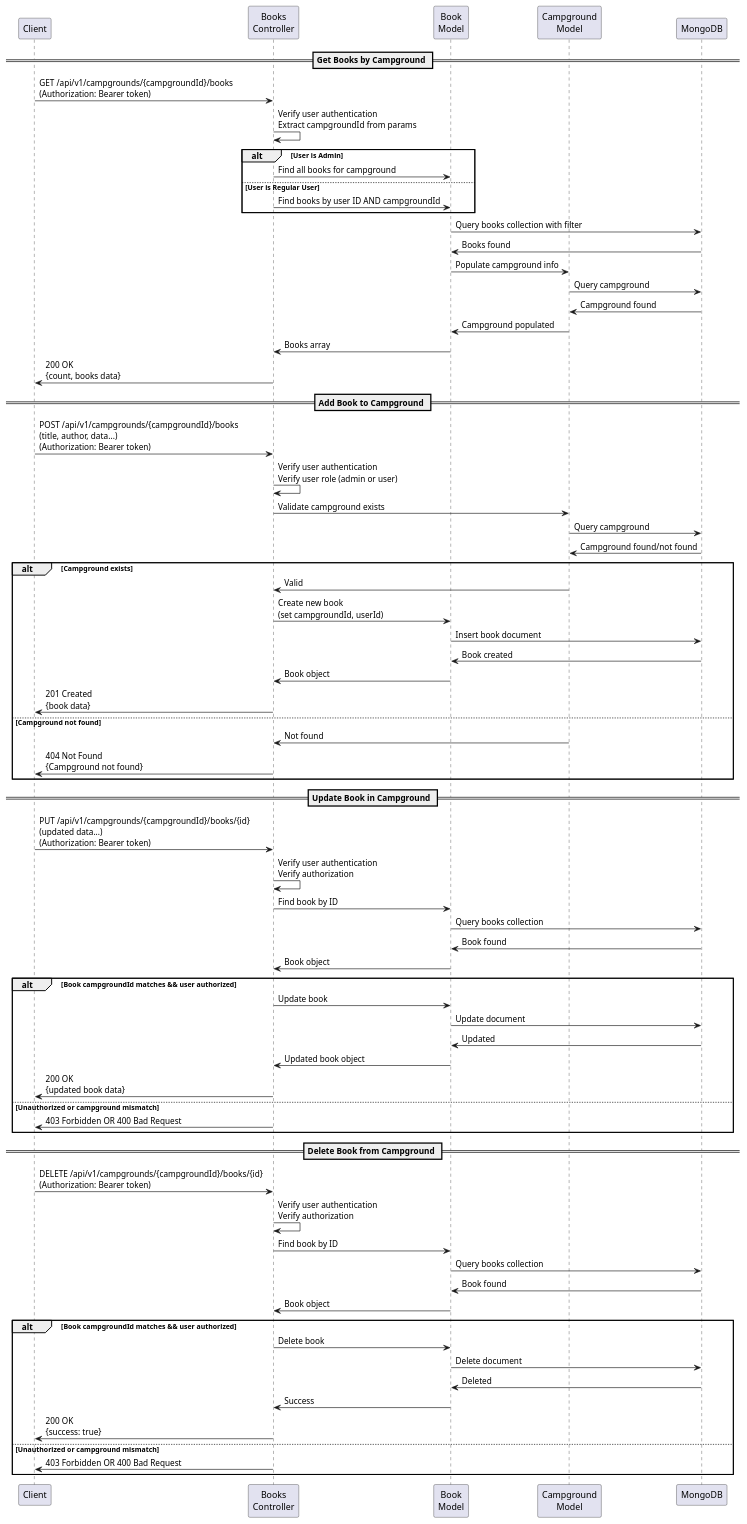
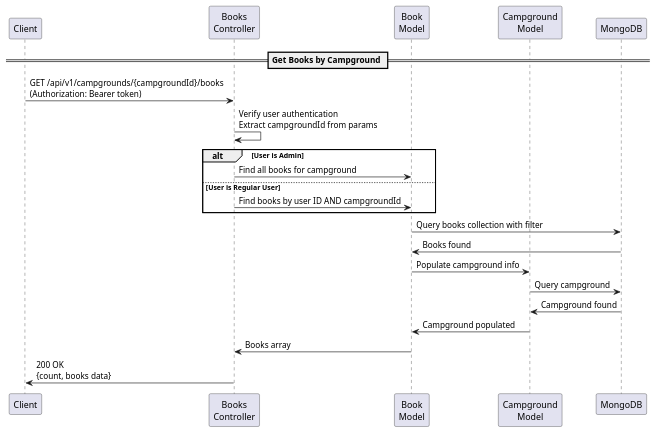
Before and after one commit to 2110503-CEDT68/be-project-68-groupname: the diagram in SequenceDiagram_NestedBooks.puml, drawn with PlantUML. The commit also changed 1 other file, not shown here.

```diff
--- a/SequenceDiagram_NestedBooks.puml
+++ b/SequenceDiagram_NestedBooks.puml
@@ -1,78 +1,26 @@
 @startuml SequenceDiagram_NestedBooks
 
 participant Client
 participant BooksController as "Books\nController"
 participant BookModel as "Book\nModel"
 participant CampgroundModel as "Campground\nModel"
 participant Database as "MongoDB"
 
 == Get Books by Campground ==
 Client -> BooksController: GET /api/v1/campgrounds/{campgroundId}/books\n(Authorization: Bearer token)
 BooksController -> BooksController: Verify user authentication\nExtract campgroundId from params
 alt User is Admin
     BooksController -> BookModel: Find all books for campground
 else User is Regular User
     BooksController -> BookModel: Find books by user ID AND campgroundId
 end
 BookModel -> Database: Query books collection with filter
 Database -> BookModel: Books found
 BookModel -> CampgroundModel: Populate campground info
 CampgroundModel -> Database: Query campground
 Database -> CampgroundModel: Campground found
 CampgroundModel -> BookModel: Campground populated
 BookModel -> BooksController: Books array
 BooksController -> Client: 200 OK\n{count, books data}
 
-== Add Book to Campground ==
-Client -> BooksController: POST /api/v1/campgrounds/{campgroundId}/books\n(title, author, data...)\n(Authorization: Bearer token)
-BooksController -> BooksController: Verify user authentication\nVerify user role (admin or user)
-BooksController -> CampgroundModel: Validate campground exists
-CampgroundModel -> Database: Query campground
-Database -> CampgroundModel: Campground found/not found
-alt Campground exists
-    CampgroundModel -> BooksController: Valid
-    BooksController -> BookModel: Create new book\n(set campgroundId, userId)
-    BookModel -> Database: Insert book document
-    Database -> BookModel: Book created
-    BookModel -> BooksController: Book object
-    BooksController -> Client: 201 Created\n{book data}
-else Campground not found
-    CampgroundModel -> BooksController: Not found
-    BooksController -> Client: 404 Not Found\n{Campground not found}
-end
-
-== Update Book in Campground ==
-Client -> BooksController: PUT /api/v1/campgrounds/{campgroundId}/books/{id}\n(updated data...)\n(Authorization: Bearer token)
-BooksController -> BooksController: Verify user authentication\nVerify authorization
-BooksController -> BookModel: Find book by ID
-BookModel -> Database: Query books collection
-Database -> BookModel: Book found
-BookModel -> BooksController: Book object
-alt Book campgroundId matches && user authorized
-    BooksController -> BookModel: Update book
-    BookModel -> Database: Update document
-    Database -> BookModel: Updated
-    BookModel -> BooksController: Updated book object
-    BooksController -> Client: 200 OK\n{updated book data}
-else Unauthorized or campground mismatch
-    BooksController -> Client: 403 Forbidden OR 400 Bad Request
-end
-
-== Delete Book from Campground ==
-Client -> BooksController: DELETE /api/v1/campgrounds/{campgroundId}/books/{id}\n(Authorization: Bearer token)
-BooksController -> BooksController: Verify user authentication\nVerify authorization
-BooksController -> BookModel: Find book by ID
-BookModel -> Database: Query books collection
-Database -> BookModel: Book found
-BookModel -> BooksController: Book object
-alt Book campgroundId matches && user authorized
-    BooksController -> BookModel: Delete book
-    BookModel -> Database: Delete document
-    Database -> BookModel: Deleted
-    BookModel -> BooksController: Success
-    BooksController -> Client: 200 OK\n{success: true}
-else Unauthorized or campground mismatch
-    BooksController -> Client: 403 Forbidden OR 400 Bad Request
-end
-
 @enduml
```
